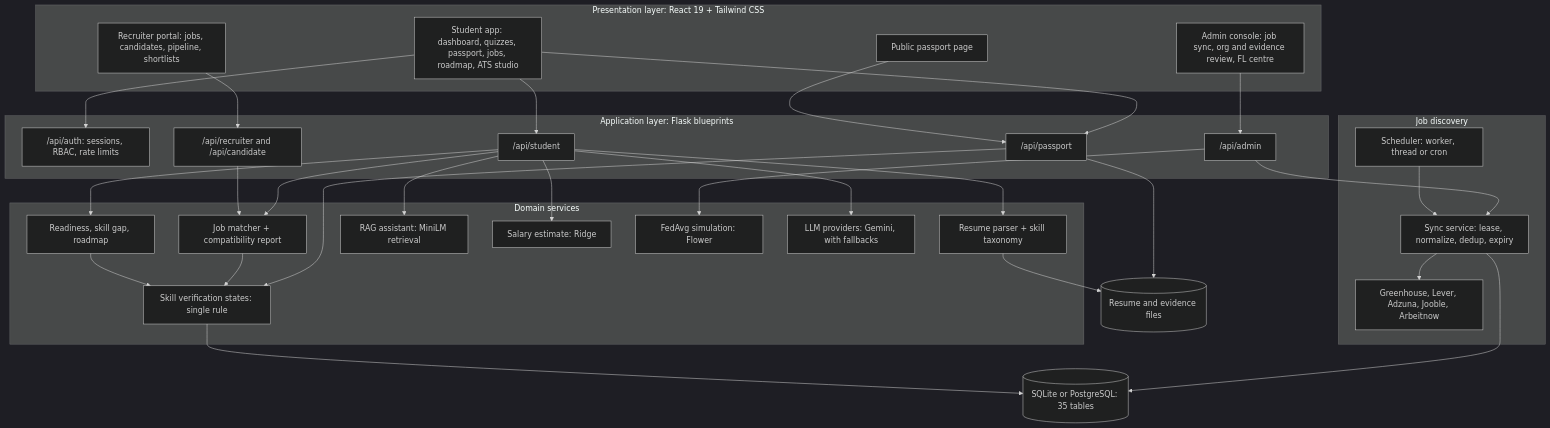
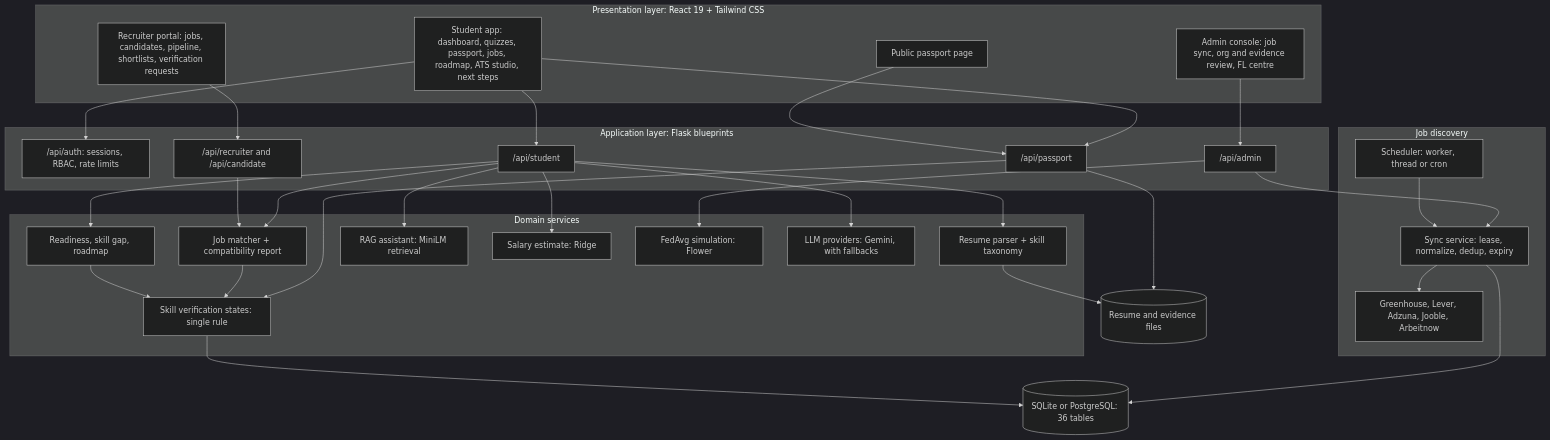
One commit to AYSHA-GITT/skillbridge changed the diagram in README.md. Above: the diagram before and after it, drawn with Mermaid (dark theme). The commit also changed other lines of this file, not shown here.

First line of the commit message:
docs: update README with password-reset security, verification requests, navigation, PostgreSQL/CI and hosting measurements

````diff
--- a/README.md
+++ b/README.md
@@ -156,62 +162,62 @@
 ```mermaid
 flowchart TD
     subgraph Client["Presentation layer: React 19 + Tailwind CSS"]
-        SUI["Student app: dashboard, quizzes, passport, jobs, roadmap, ATS studio"]
-        RUI["Recruiter portal: jobs, candidates, pipeline, shortlists"]
+        SUI["Student app: dashboard, quizzes, passport, jobs, roadmap, ATS studio, next steps"]
+        RUI["Recruiter portal: jobs, candidates, pipeline, shortlists, verification requests"]
         AUI["Admin console: job sync, org and evidence review, FL centre"]
         PUB["Public passport page"]
     end
 
     subgraph API["Application layer: Flask blueprints"]
         AUTH["/api/auth: sessions, RBAC, rate limits"]
         STU["/api/student"]
         PAS["/api/passport"]
         REC["/api/recruiter and /api/candidate"]
         ADM["/api/admin"]
     end
 
     subgraph Core["Domain services"]
         PARSE["Resume parser + skill taxonomy"]
         VER["Skill verification states: single rule"]
         MATCH["Job matcher + compatibility report"]
         READY["Readiness, skill gap, roadmap"]
         RAG["RAG assistant: MiniLM retrieval"]
         SAL["Salary estimate: Ridge"]
         FL["FedAvg simulation: Flower"]
         LLM["LLM providers: Gemini, with fallbacks"]
     end
 
     subgraph Jobs["Job discovery"]
         PROV["Greenhouse, Lever, Adzuna, Jooble, Arbeitnow"]
         SYNC["Sync service: lease, normalize, dedup, expiry"]
         SCHED["Scheduler: worker, thread or cron"]
     end
 
-    DB[("SQLite or PostgreSQL: 35 tables")]
+    DB[("SQLite or PostgreSQL: 36 tables")]
     FILES[("Resume and evidence files")]
 
     SUI --> AUTH
     SUI --> STU
     SUI --> PAS
     RUI --> REC
     AUI --> ADM
     PUB --> PAS
     STU --> PARSE
     STU --> READY
     STU --> MATCH
     STU --> RAG
     STU --> SAL
     PAS --> VER
     REC --> MATCH
     MATCH --> VER
     READY --> VER
     STU --> LLM
     ADM --> FL
     ADM --> SYNC
     SCHED --> SYNC
     SYNC --> PROV
     SYNC --> DB
     VER --> DB
     PARSE --> FILES
     PAS --> FILES
 ```
````
